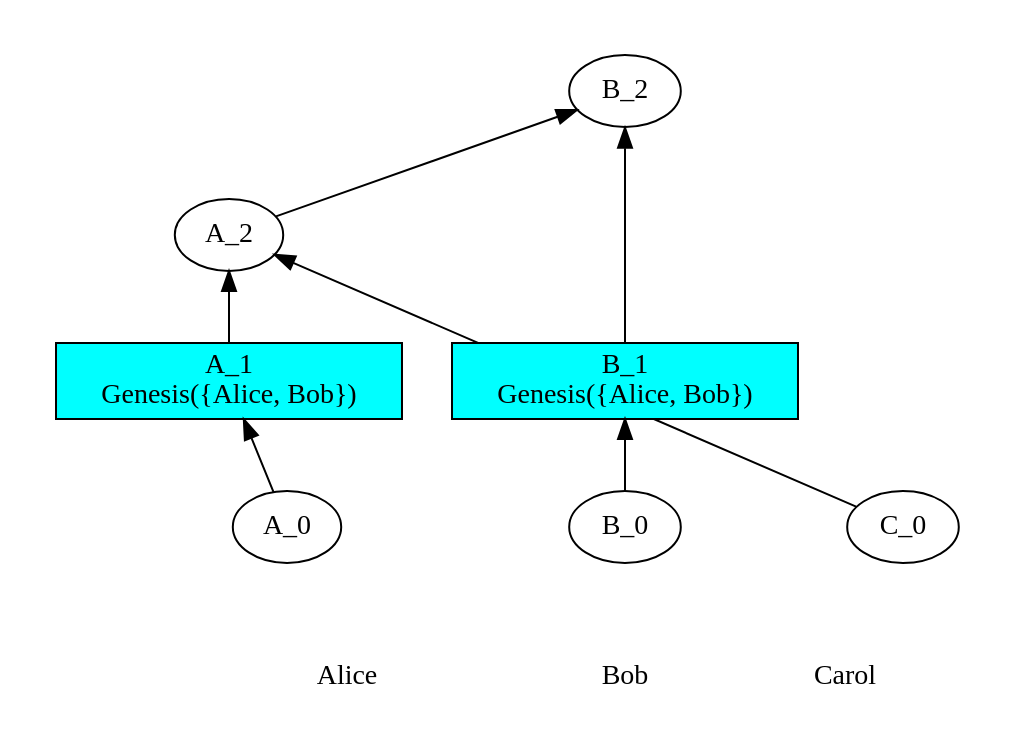
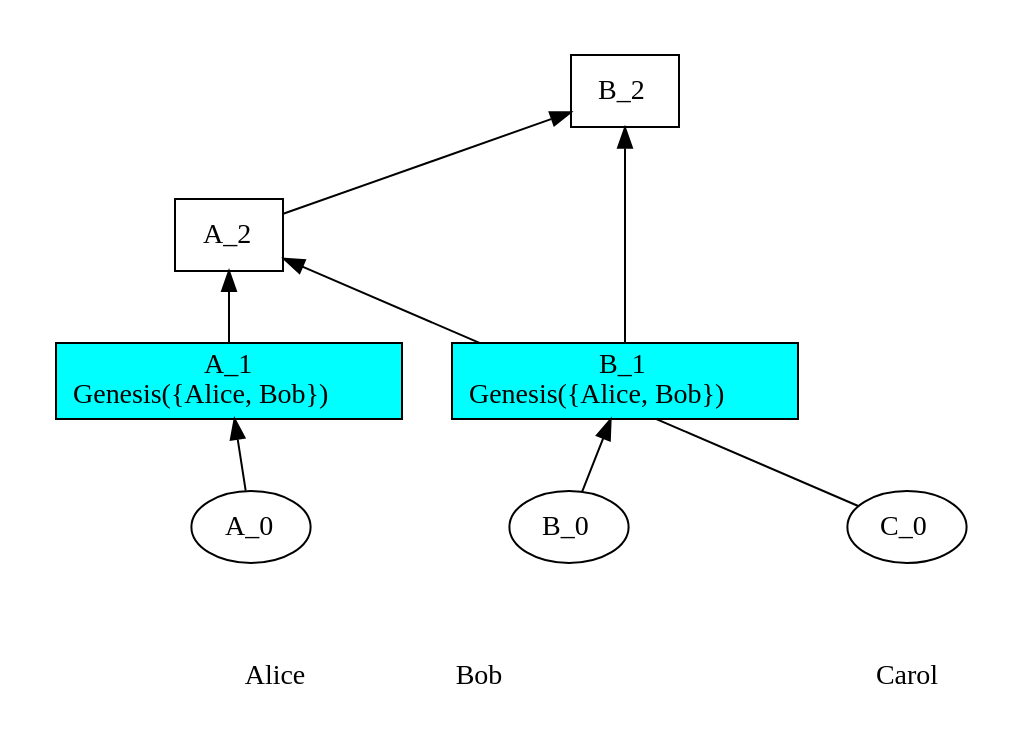
Before and after one commit to u-amine/parsec: the diagram in input_graphs/parsec_functional_tests_handle_malice_invalid_gossip_creator/alice.dot, drawn with Graphviz. The commit also changed 26 other files, not shown here.

```diff
--- a/input_graphs/parsec_functional_tests_handle_malice_invalid_gossip_creator/alice.dot
+++ b/input_graphs/parsec_functional_tests_handle_malice_invalid_gossip_creator/alice.dot
@@ -1,88 +1,126 @@
+/// our_id: Alice
+/// peer_list: {
+///   Alice; PeerState(VOTE|SEND|RECV); peers: {Alice, Bob}
+///   Bob; PeerState(VOTE|SEND|RECV); peers: {Alice, Bob}
+/// }
 digraph GossipGraph {
   splines=false
   rankdir=BT
-/// our_id: Alice
-/// peer_states: {Alice: "PeerState(VOTE|SEND|RECV)", Bob: "PeerState(VOTE|SEND|RECV)"}
-/// { 30d7e4394d..
-/// cause: Initial
-/// interesting_content: []
-/// last_ancestors: {Alice: 0}
-/// }
-/// { 3fae277c4b..
-/// cause: Observation(Genesis({Alice, Bob}))
-/// interesting_content: []
-/// last_ancestors: {Alice: 1}
-/// }
-/// { 47d2ba4b29..
-/// cause: Response
-/// interesting_content: []
-/// last_ancestors: {Alice: 2, Carol: 0}
-/// }
-/// { dc8296fe22..
-/// cause: Initial
-/// interesting_content: []
-/// last_ancestors: {Bob: 0}
-/// }
-/// { 1efae523fa..
-/// cause: Observation(Genesis({Alice, Bob}))
-/// interesting_content: []
-/// last_ancestors: {Bob: 1}
-/// }
-/// { d38f87882e..
-/// cause: Response
-/// interesting_content: []
-/// last_ancestors: {Bob: 2, Alice: 2, Carol: 0}
-/// }
-/// { 4541f98755..
-/// cause: Initial
-/// interesting_content: []
-/// last_ancestors: {Carol: 0}
-/// }
-    style=invis
+
+  style=invis
   subgraph cluster_Alice {
     label=Alice
     Alice [style=invis]
-    Alice -> "30d7e4394d.." [style=invis]
-    "30d7e4394d.." -> "3fae277c4b.." [minlen=1]
-    "3fae277c4b.." -> "47d2ba4b29.." [minlen=1]
+    "Alice" -> "A_0" [style=invis]
+    "A_0" -> "A_1" [minlen=1]
+    "A_1" -> "A_2" [minlen=1]
   }
-  "4541f98755.." -> "47d2ba4b29.." [constraint=false]
+  "C_0" -> "A_2" [constraint=false]
 
-    style=invis
+  style=invis
   subgraph cluster_Bob {
     label=Bob
     Bob [style=invis]
-    Bob -> "dc8296fe22.." [style=invis]
-    "dc8296fe22.." -> "1efae523fa.." [minlen=1]
-    "1efae523fa.." -> "d38f87882e.." [minlen=2]
+    "Bob" -> "B_0" [style=invis]
+    "B_0" -> "B_1" [minlen=1]
+    "B_1" -> "B_2" [minlen=2]
   }
-  "47d2ba4b29.." -> "d38f87882e.." [constraint=false]
+  "A_2" -> "B_2" [constraint=false]
 
-    style=invis
+  style=invis
   subgraph cluster_Carol {
     label=Carol
     Carol [style=invis]
-    Carol -> "4541f98755.." [style=invis]
+    "Carol" -> "C_0" [style=invis]
   }
-
-/// meta-vote section
- "30d7e4394d.." [fillcolor=white, label="A_0"]
- "3fae277c4b.." [fillcolor=white, label="A_1
-Genesis({Alice, Bob})"]
- "3fae277c4b.." [shape=rectangle, style=filled, fillcolor=cyan]
- "47d2ba4b29.." [fillcolor=white, label="A_2"]
- "dc8296fe22.." [fillcolor=white, label="B_0"]
- "1efae523fa.." [fillcolor=white, label="B_1
-Genesis({Alice, Bob})"]
- "1efae523fa.." [shape=rectangle, style=filled, fillcolor=cyan]
- "d38f87882e.." [fillcolor=white, label="B_2"]
- "4541f98755.." [fillcolor=white, label="C_0"]
 
   {
     rank=same
     Alice [style=filled, color=white]
     Bob [style=filled, color=white]
     Carol [style=filled, color=white]
   }
-  Alice -> Bob -> Carol [style=invis]
+  Alice -> Bob [style=invis]
+
+/// ===== details of events =====
+  "A_0" [fillcolor=white, label=<<table border="0" cellborder="0" cellpadding="0" cellspacing="0">
+<tr><td colspan="6">A_0</td></tr>
+</table>>]
+/// cause: Initial
+/// last_ancestors: {Alice: 0}
+
+  "A_1" [style=filled, fillcolor=cyan, shape=rectangle, label=<<table border="0" cellborder="0" cellpadding="0" cellspacing="0">
+<tr><td colspan="6">A_1</td></tr>
+<tr><td colspan="6">Genesis({Alice, Bob})</td></tr>
+</table>>]
+/// cause: Observation(Genesis({Alice, Bob}))
+/// last_ancestors: {Alice: 1}
+
+  "A_2" [fillcolor=white, shape=rectangle, label=<<table border="0" cellborder="0" cellpadding="0" cellspacing="0">
+<tr><td colspan="6">A_2</td></tr>
+</table>>]
+/// cause: Response
+/// last_ancestors: {Alice: 2, Carol: 0}
+
+  "B_0" [fillcolor=white, label=<<table border="0" cellborder="0" cellpadding="0" cellspacing="0">
+<tr><td colspan="6">B_0</td></tr>
+</table>>]
+/// cause: Initial
+/// last_ancestors: {Bob: 0}
+
+  "B_1" [style=filled, fillcolor=cyan, shape=rectangle, label=<<table border="0" cellborder="0" cellpadding="0" cellspacing="0">
+<tr><td colspan="6">B_1</td></tr>
+<tr><td colspan="6">Genesis({Alice, Bob})</td></tr>
+</table>>]
+/// cause: Observation(Genesis({Alice, Bob}))
+/// last_ancestors: {Bob: 1}
+
+  "B_2" [fillcolor=white, shape=rectangle, label=<<table border="0" cellborder="0" cellpadding="0" cellspacing="0">
+<tr><td colspan="6">B_2</td></tr>
+</table>>]
+/// cause: Request
+/// last_ancestors: {Alice: 1, Bob: 2}
+
+  "C_0" [fillcolor=white, label=<<table border="0" cellborder="0" cellpadding="0" cellspacing="0">
+<tr><td colspan="6">C_0</td></tr>
+</table>>]
+/// cause: Initial
+/// last_ancestors: {Alice: 0}
+
 }
+
+/// ===== meta-elections =====
+/// consensus_history:
+
+/// MetaElectionHandle(CURRENT)
+/// consensus_len: 0
+/// round_hashes: {
+///   Alice -> [
+///     RoundHash { round: 0, latest_block_hash: 0000000000000000000000000000000000000000000000000000000000000000 }
+///   ]
+///   Bob -> [
+///     RoundHash { round: 0, latest_block_hash: 0000000000000000000000000000000000000000000000000000000000000000 }
+///   ]
+/// }
+/// interesting_events: {
+/// }
+/// all_voters: {Alice, Bob}
+/// undecided_voters: {Alice, Bob}
+/// meta_events: {
+///   A_1 -> {
+///     observees: {}
+///     interesting_content: []
+///   }
+///   A_2 -> {
+///     observees: {Bob}
+///     interesting_content: []
+///   }
+///   B_1 -> {
+///     observees: {}
+///     interesting_content: []
+///   }
+///   B_2 -> {
+///     observees: {}
+///     interesting_content: []
+///   }
+/// }
```
